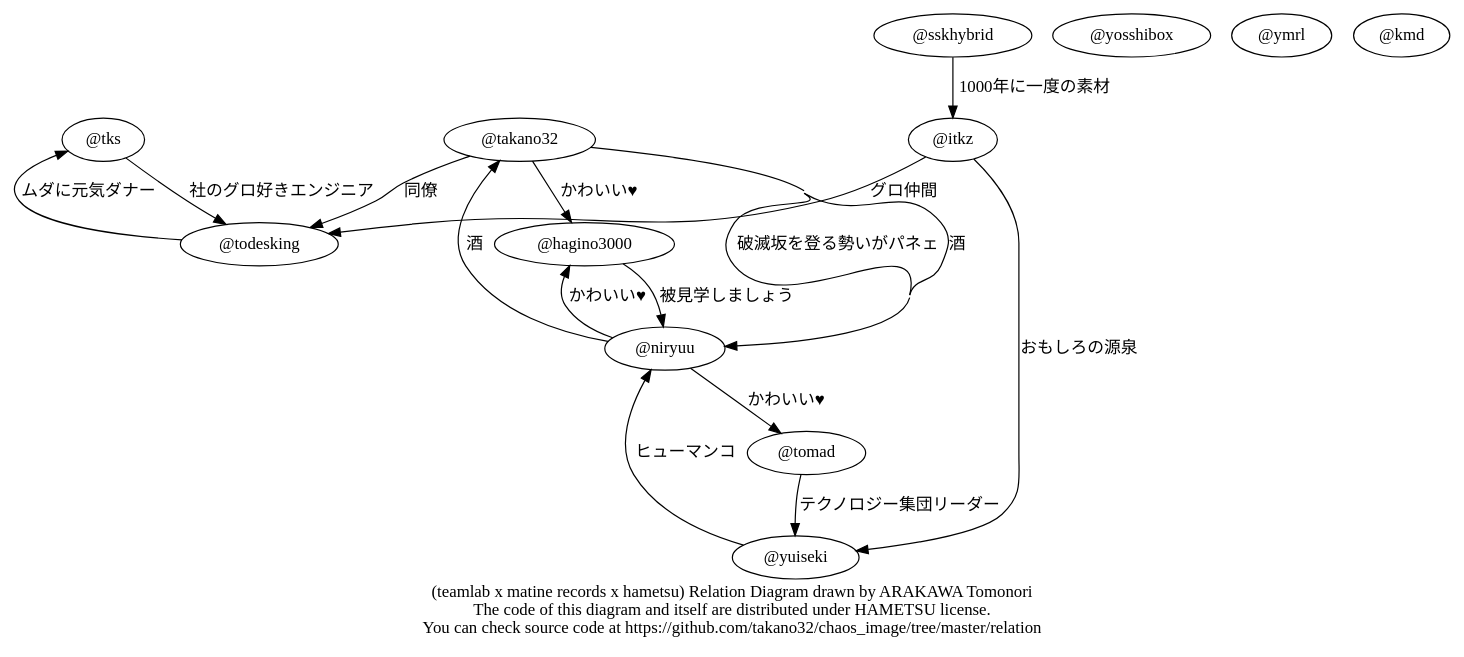
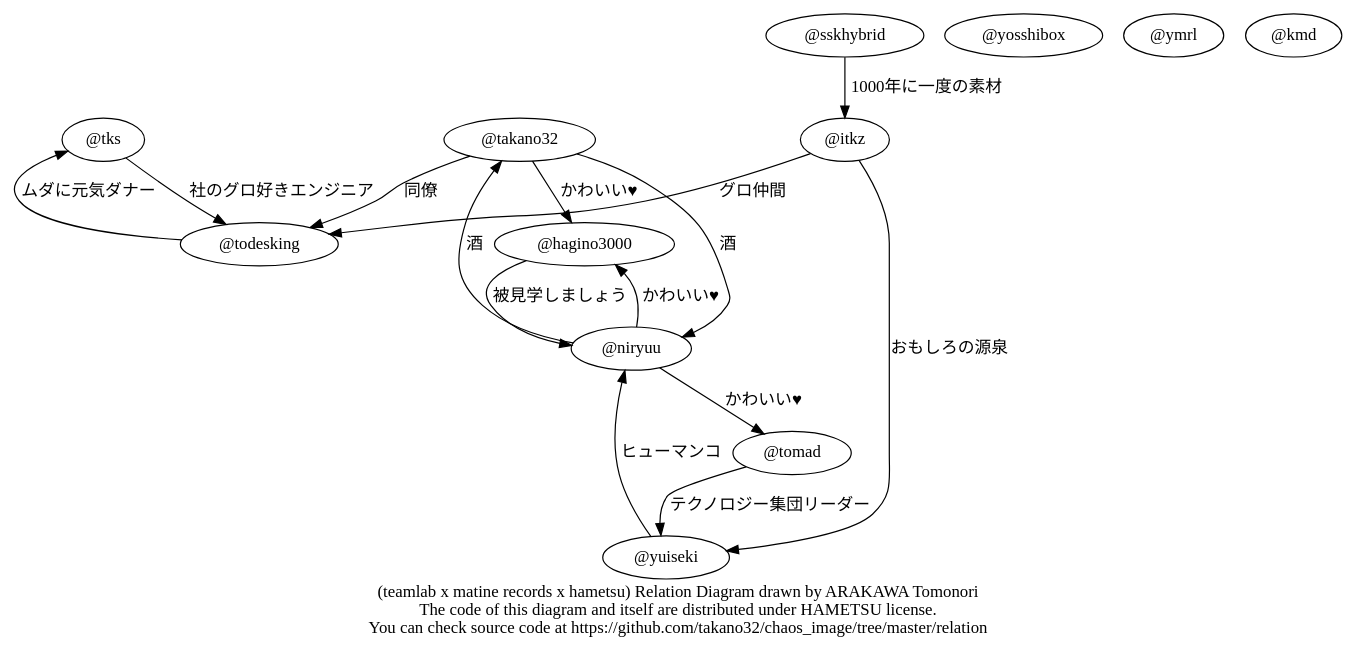
Before and after one commit to hametsu/chaos_image: the diagram in relation/hameatsudo.dot, drawn with Graphviz.

Commit message:
remove 破滅坂

```diff
--- a/relation/hameatsudo.dot
+++ b/relation/hameatsudo.dot
@@ -1,23 +1,22 @@
 digraph Hameatsudo {
   graph [concentrate = true];
   overlap=orthoxy;
   "@tks" -> "@todesking" [label = "社のグロ好きエンジニア"];
   "@takano32" -> "@todesking" [label = "同僚"];
   "@takano32" -> "@hagino3000" [label = "かわいい♥"];
-  "@takano32" -> "@niryuu" [label = "破滅坂を登る勢いがパネェ"];
   "@todesking" -> "@tks" [label = "ムダに元気ダナー"];
   "@tomad" -> "@yuiseki" [label = "テクノロジー集団リーダー"];
   "@yosshibox"
   "@sskhybrid" -> "@itkz" [label = "1000年に一度の素材"];
   "@ymrl"
   "@niryuu" -> "@hagino3000" [label = "かわいい♥"];
   "@niryuu" -> "@tomad" [label = "かわいい♥"];
   "@niryuu" -> "@takano32" [label = "酒"];
   "@takano32" -> "@niryuu" [label = "酒"];
   "@itkz" -> "@todesking" [label = "グロ仲間"];
   "@itkz" -> "@yuiseki" [label = "おもしろの源泉"];
   "@yuiseki" -> "@niryuu" [label = "ヒューマンコ"];
   "@hagino3000" -> "@niryuu" [label = "被見学しましょう"];
   "@kmd"
   label = "(teamlab x matine records x hametsu) Relation Diagram drawn by ARAKAWA Tomonori\nThe code of this diagram and itself are distributed under HAMETSU license.\nYou can check source code at https://github.com/takano32/chaos_image/tree/master/relation";
 }
```
